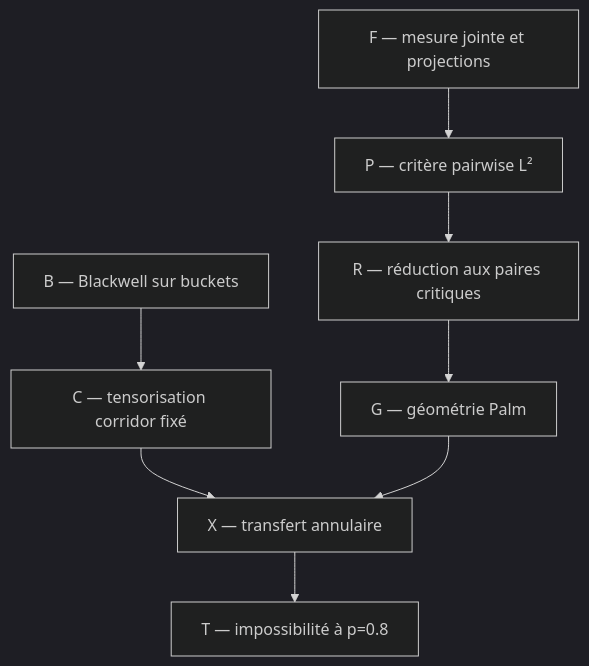
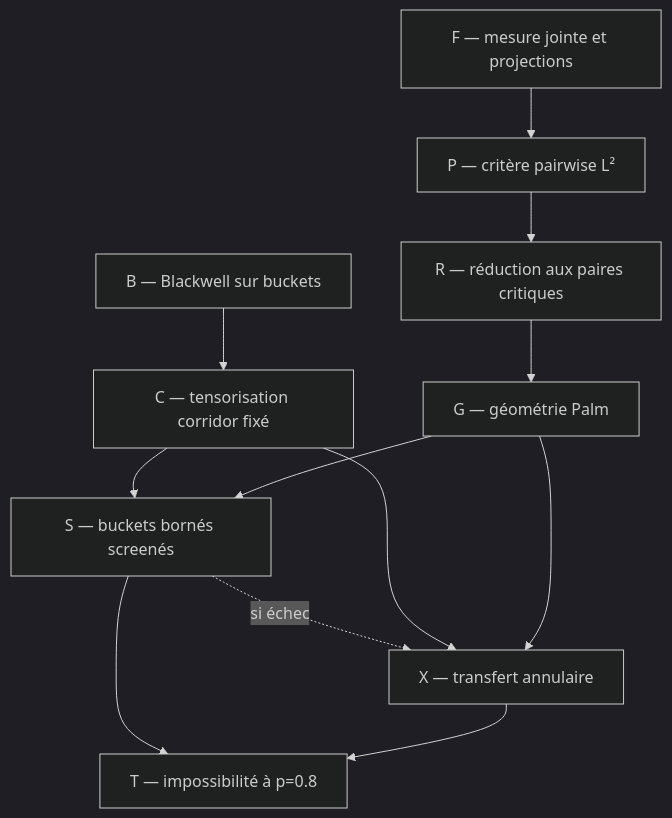
The diagram in research/hierarchical-swendsen-wang/05_PROOF_ROADMAP.md (Ludwig-H/Presentation-MathNet-2026-06-15), drawn with Mermaid (dark theme) before and after one commit. The commit also changed other lines of this file and 6 other files, not shown here.

````diff
--- a/research/hierarchical-swendsen-wang/05_PROOF_ROADMAP.md
+++ b/research/hierarchical-swendsen-wang/05_PROOF_ROADMAP.md
@@ -32,10 +34,14 @@
 ```mermaid
 flowchart TD
     F["F — mesure jointe et projections"] --> P["P — critère pairwise L²"]
     P --> R["R — réduction aux paires critiques"]
     B["B — Blackwell sur buckets"] --> C["C — tensorisation corridor fixé"]
     R --> G["G — géométrie Palm"]
-    C --> X["X — transfert annulaire"]
+    C --> S["S — buckets bornés screenés"]
+    G --> S
+    S --> T["T — impossibilité à p=0.8"]
+    S -. "si échec" .-> X["X — transfert annulaire"]
+    C --> X
     G --> X
-    X --> T["T — impossibilité à p=0.8"]
+    X --> T
 ```
````
